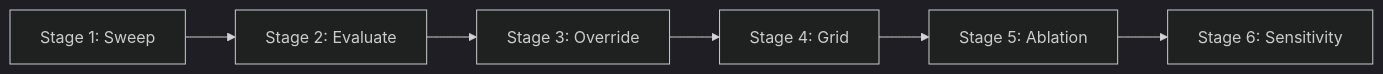
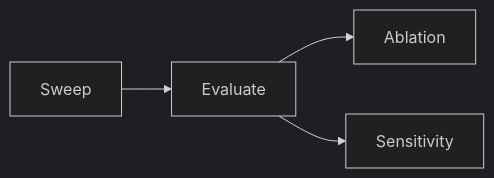
The diagram in memory-bank/workflow.md (qitianliang/lightning-hydra-pipeline), drawn with Mermaid (dark theme) before and after one commit. The commit also changed other lines of this file and 20 other files, not shown here.

````diff
--- a/memory-bank/workflow.md
+++ b/memory-bank/workflow.md
@@ -17,8 +17,6 @@
 ```mermaid
 flowchart LR
-    S1["Stage 1: Sweep"] --> S2["Stage 2: Evaluate"]
-    S2 --> S3["Stage 3: Override"]
-    S3 --> S4["Stage 4: Grid"]
-    S4 --> S5["Stage 5: Ablation"]
-    S5 --> S6["Stage 6: Sensitivity"]
+    S1["Sweep"] --> S2["Evaluate"]
+    S2 --> S3["Ablation"]
+    S2 --> S4["Sensitivity"]
 ```
````
